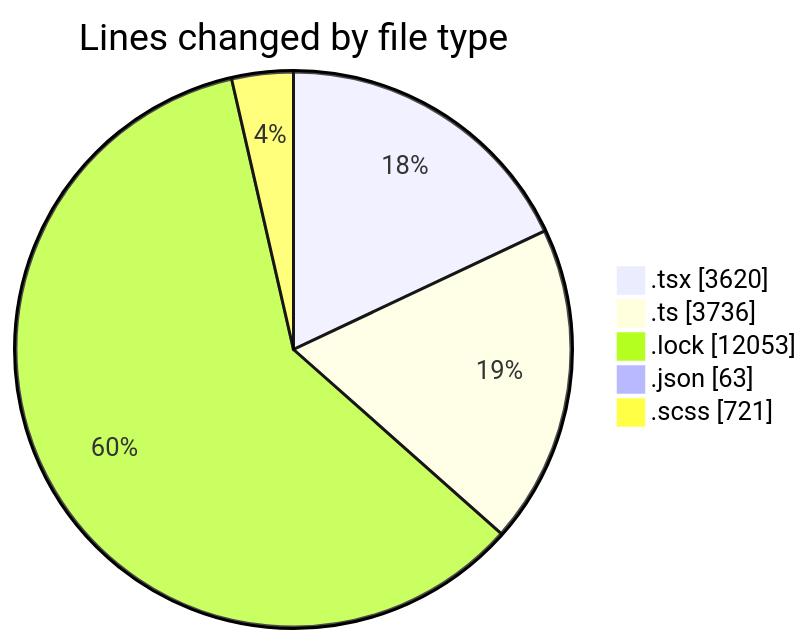
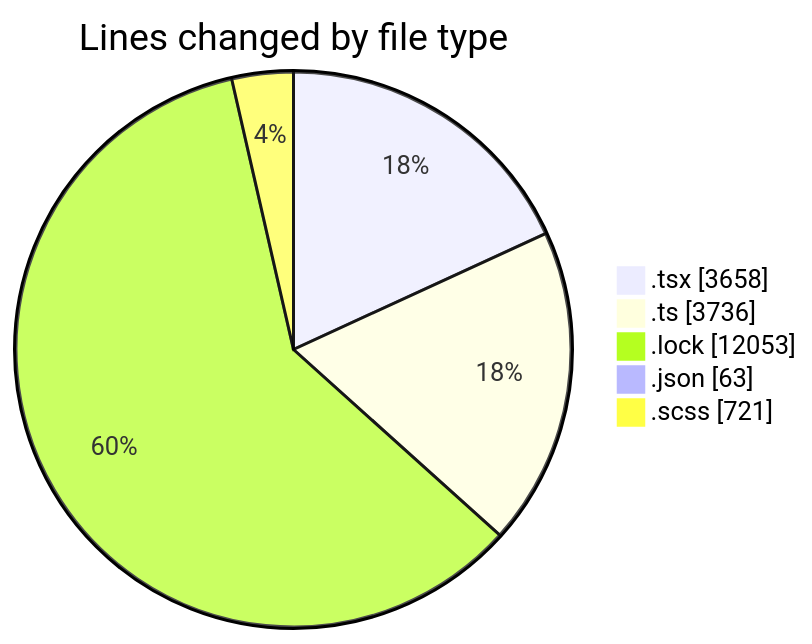
One commit to momahboobian/code-tracking changed the first of 2 diagrams in 2025-12-03/cda/README.md. Above: the diagram before and after it, drawn with Mermaid. The commit also changed other lines of this file and 1 other file, not shown here.

````diff
--- a/2025-12-03/cda/README.md
+++ b/2025-12-03/cda/README.md
@@ -32,9 +32,9 @@
 ```mermaid
 pie showData
 title Lines changed by file type
-".tsx" : 3620
+".tsx" : 3658
 ".ts" : 3736
 ".lock" : 12053
 ".json" : 63
 ".scss" : 721
 ```
````
